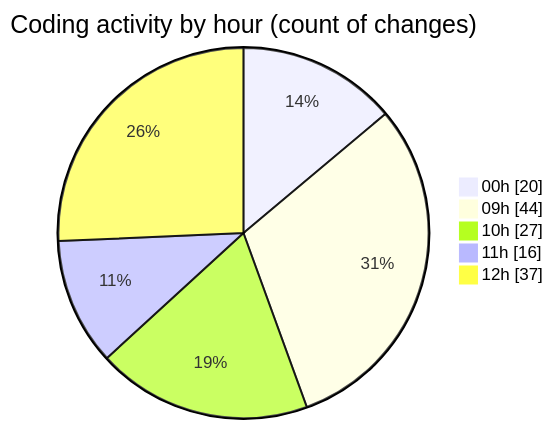
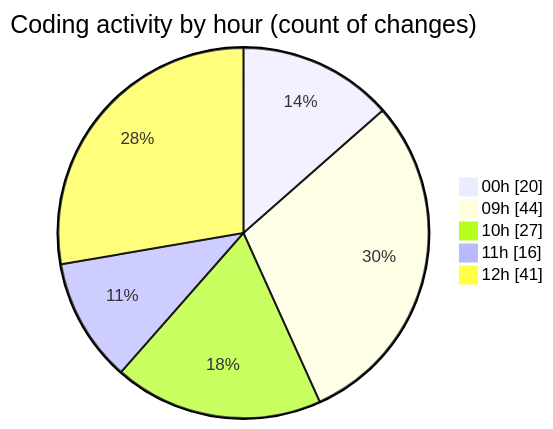
One commit to momahboobian/code-tracking changed the second of 2 diagrams in 2025-03-19/cda/README.md. Above: the diagram before and after it, drawn with Mermaid. The commit also changed other lines of this file and 1 other file, not shown here.

````diff
--- a/2025-03-19/cda/README.md
+++ b/2025-03-19/cda/README.md
@@ -32,9 +32,9 @@
 ```mermaid
 pie showData
 title Coding activity by hour (count of changes)
 "00h" : 20
 "09h" : 44
 "10h" : 27
 "11h" : 16
-"12h" : 37
+"12h" : 41
 ```
````
